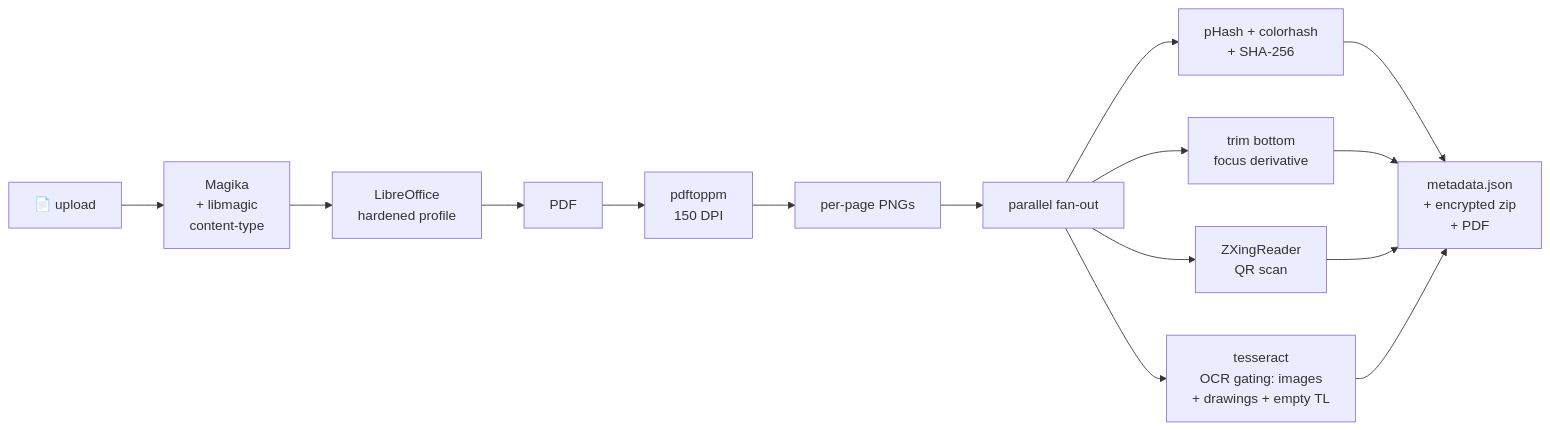
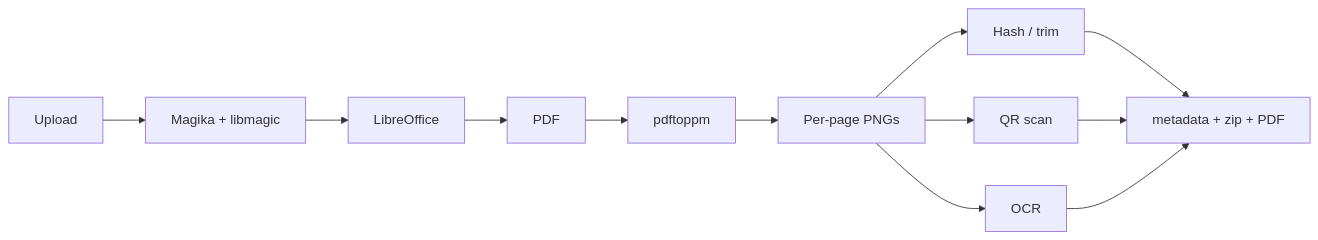
One commit to wmetcalf/clippyshot changed the fourth of 4 diagrams in README.md. Above: the diagram before and after it, drawn with Mermaid. The commit also changed other lines of this file, not shown here.

Commit message:
docs(readme): simplify Mermaid layout, fix MacroSecurity level (3, not 4)

````diff
--- a/README.md
+++ b/README.md
@@ -243,17 +225,14 @@
 ```mermaid
 flowchart LR
-    upload[📄 upload] --> detect[Magika<br/>+ libmagic<br/>content-type]
-    detect --> soffice[LibreOffice<br/>hardened profile]
+    upload[Upload] --> detect[Magika + libmagic]
+    detect --> soffice[LibreOffice]
     soffice --> pdf[PDF]
-    pdf --> pdftoppm[pdftoppm<br/>150 DPI]
-    pdftoppm --> pages[per-page PNGs]
-    pages --> fanout[parallel fan-out]
-    fanout --> hash[pHash + colorhash<br/>+ SHA-256]
-    fanout --> trim[trim bottom<br/>focus derivative]
-    fanout --> qr[ZXingReader<br/>QR scan]
-    fanout --> ocr[tesseract<br/>OCR gating: images<br/>+ drawings + empty TL]
-    hash --> out[metadata.json<br/>+ encrypted zip<br/>+ PDF]
-    trim --> out
+    pdf --> rast[pdftoppm]
+    rast --> pages[Per-page PNGs]
+    pages --> hash[Hash / trim]
+    pages --> qr[QR scan]
+    pages --> ocr[OCR]
+    hash --> out[metadata + zip + PDF]
     qr --> out
     ocr --> out
 ```
````
